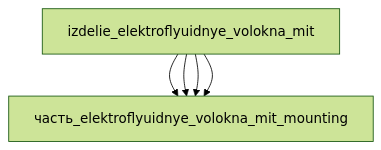
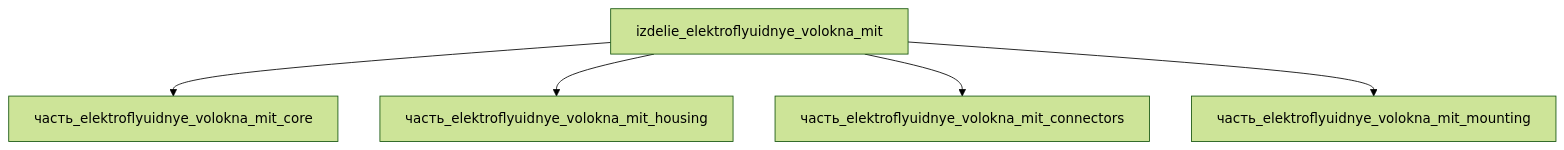
Before and after one commit to a-m-e-n-t-e-t/SkyNet: the diagram in реальные данные/изделия/приводная_система/elektroflyuidnye_volokna_mit/_index.md, drawn with Mermaid (forest theme). The commit also changed other lines of this file and 4 other files, not shown here.

````diff
--- a/реальные данные/изделия/приводная_система/elektroflyuidnye_volokna_mit/_index.md
+++ b/реальные данные/изделия/приводная_система/elektroflyuidnye_volokna_mit/_index.md
@@ -106,12 +168,12 @@
 ```mermaid
 graph TD
-    elektroflyuidnye_vol["izdelie_elektroflyuidnye_volokna_mit"]
-    elektroflyuidnye_volokna_["часть_elektroflyuidnye_volokna_mit_core"]
-    elektroflyuidnye_vol --> elektroflyuidnye_volokna_
-    elektroflyuidnye_volokna_["часть_elektroflyuidnye_volokna_mit_housing"]
-    elektroflyuidnye_vol --> elektroflyuidnye_volokna_
-    elektroflyuidnye_volokna_["часть_elektroflyuidnye_volokna_mit_connectors"]
-    elektroflyuidnye_vol --> elektroflyuidnye_volokna_
-    elektroflyuidnye_volokna_["часть_elektroflyuidnye_volokna_mit_mounting"]
-    elektroflyuidnye_vol --> elektroflyuidnye_volokna_
+    izdelie_elektroflyuidnye_volokna_mit["izdelie_elektroflyuidnye_volokna_mit"]
+    ______elektroflyuidnye_volokna_mit_core["часть_elektroflyuidnye_volokna_mit_core"]
+    izdelie_elektroflyuidnye_volokna_mit --> ______elektroflyuidnye_volokna_mit_core
+    ______elektroflyuidnye_volokna_mit_housing["часть_elektroflyuidnye_volokna_mit_housing"]
+    izdelie_elektroflyuidnye_volokna_mit --> ______elektroflyuidnye_volokna_mit_housing
+    ______elektroflyuidnye_volokna_mit_connectors["часть_elektroflyuidnye_volokna_mit_connectors"]
+    izdelie_elektroflyuidnye_volokna_mit --> ______elektroflyuidnye_volokna_mit_connectors
+    ______elektroflyuidnye_volokna_mit_mounting["часть_elektroflyuidnye_volokna_mit_mounting"]
+    izdelie_elektroflyuidnye_volokna_mit --> ______elektroflyuidnye_volokna_mit_mounting
 ```
````
